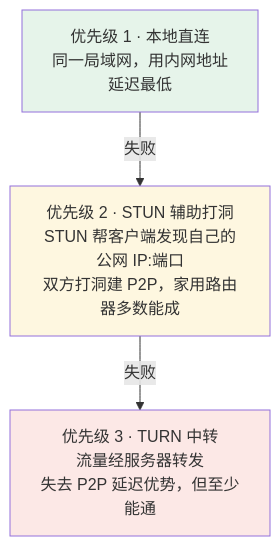
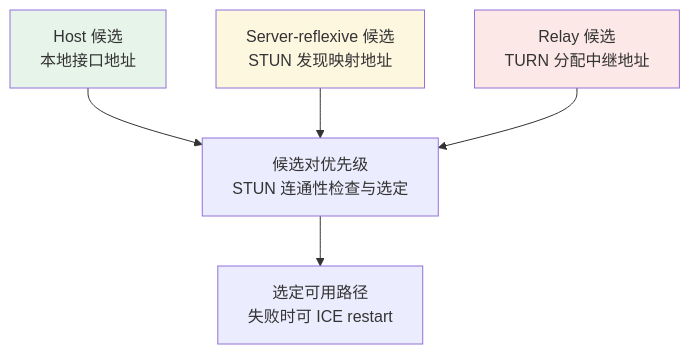
Before and after one commit to oneleaveknowsthefall/awesome-ai-roadmap: the fourth of 5 diagrams in docs/tools/05-transport-gateway/13-sse-websocket-webrtc.md, drawn with Mermaid. The commit also changed other lines of this file and 50 other files, not shown here.

````diff
--- a/docs/tools/05-transport-gateway/13-sse-websocket-webrtc.md
+++ b/docs/tools/05-transport-gateway/13-sse-websocket-webrtc.md
@@ -220,10 +229,11 @@
 ```mermaid
 flowchart TB
-    P1["优先级 1 · 本地直连<br/>同一局域网，用内网地址<br/>延迟最低"]
-    P1 -->|失败| P2["优先级 2 · STUN 辅助打洞<br/>STUN 帮客户端发现自己的公网 IP:端口<br/>双方打洞建 P2P，家用路由器多数能成"]
-    P2 -->|失败| P3["优先级 3 · TURN 中转<br/>流量经服务器转发<br/>失去 P2P 延迟优势，但至少能通"]
+    P1["Host 候选<br/>本地接口地址"] --> CHECK["候选对优先级<br/>STUN 连通性检查与选定"]
+    P2["Server-reflexive 候选<br/>STUN 发现映射地址"] --> CHECK
+    P3["Relay 候选<br/>TURN 分配中继地址"] --> CHECK
+    CHECK --> SELECT["选定可用路径<br/>失败时可 ICE restart"]
 
     style P1 fill:#e6f4ea
     style P2 fill:#fef7e0
     style P3 fill:#fce8e6
 ```
````
